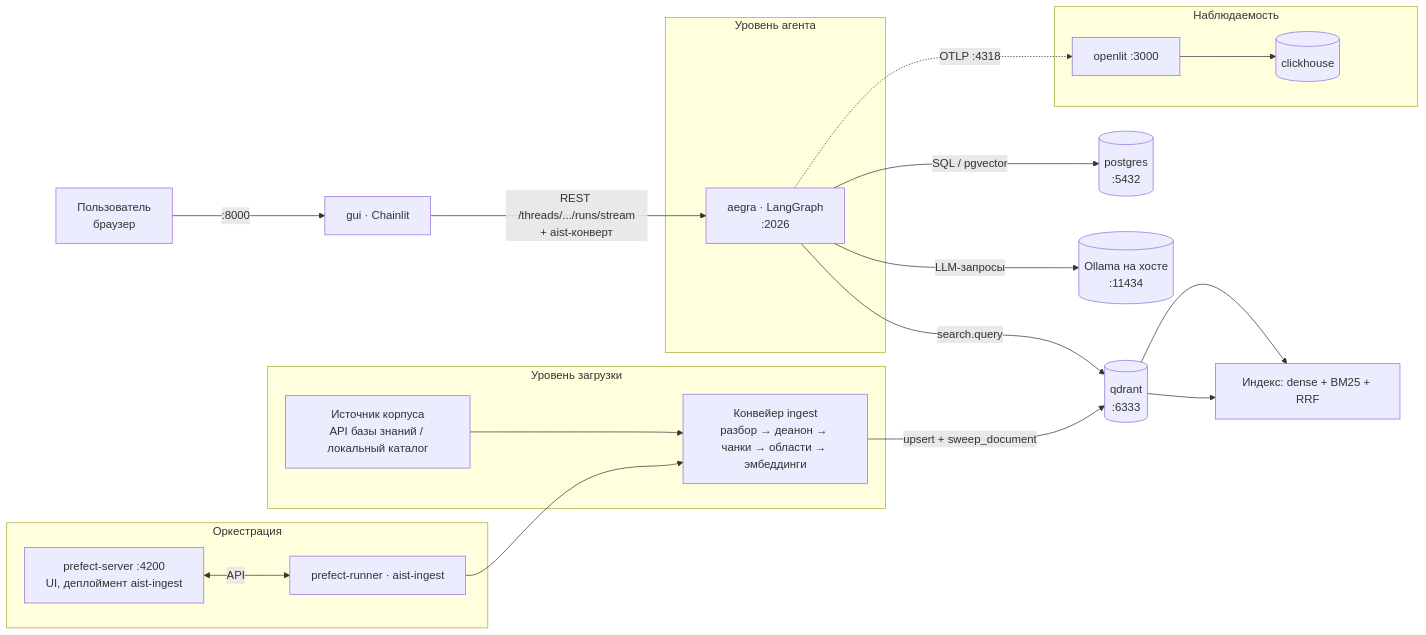
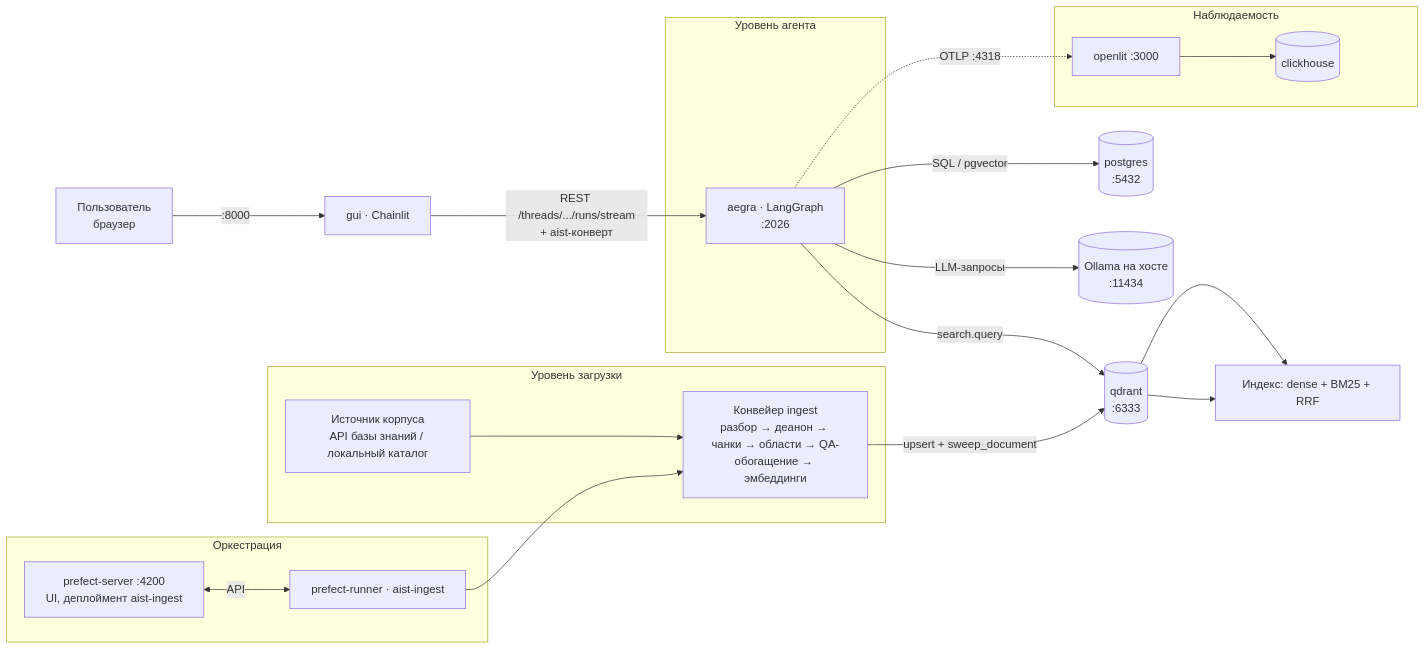
The first of 7 diagrams in docs/ARCHITECTURE.md (coder-smookki/GSP-Project-AIst), drawn with Mermaid before and after one commit. The commit also changed other lines of this file and 10 other files, not shown here.

````diff
--- a/docs/ARCHITECTURE.md
+++ b/docs/ARCHITECTURE.md
@@ -19,38 +19,38 @@
 ```mermaid
 flowchart LR
     U[Пользователь<br/>браузер] -->|:8000| G[gui · Chainlit]
     G -->|REST /threads/.../runs/stream<br/>+ aist-конверт| A[aegra · LangGraph<br/>:2026]
 
     A -->|SQL / pgvector| PG[(postgres<br/>:5432)]
     A -->|LLM-запросы| OLL[(Ollama на хосте<br/>:11434)]
 
     subgraph Agent [Уровень агента]
         A
     end
 
     A -->|search.query| Q[(qdrant<br/>:6333)]
     Q --> QI[Индекс: dense + BM25 + RRF]
 
     subgraph Ingest [Уровень загрузки]
         SRC[Источник корпуса<br/>API базы знаний / локальный каталог]
-        P[Конвейер ingest<br/>разбор → деанон → чанки → области → эмбеддинги]
+        P[Конвейер ingest<br/>разбор → деанон → чанки → области → QA-обогащение → эмбеддинги]
     end
 
     SRC --> P
     P -->|upsert + sweep_document| Q
     Q --> QI[Индекс: dense + BM25 + RRF]
 
     subgraph Prefect [Оркестрация]
         PF[prefect-server :4200<br/>UI, деплоймент aist-ingest]
         PR[prefect-runner · aist-ingest]
     end
     PF <-->|API| PR
     PR --> P
 
     subgraph Obs [Наблюдаемость]
         OL[openlit :3000]
         CH[(clickhouse)]
     end
     A -.->|OTLP :4318| OL
     OL --> CH
 ```
````
